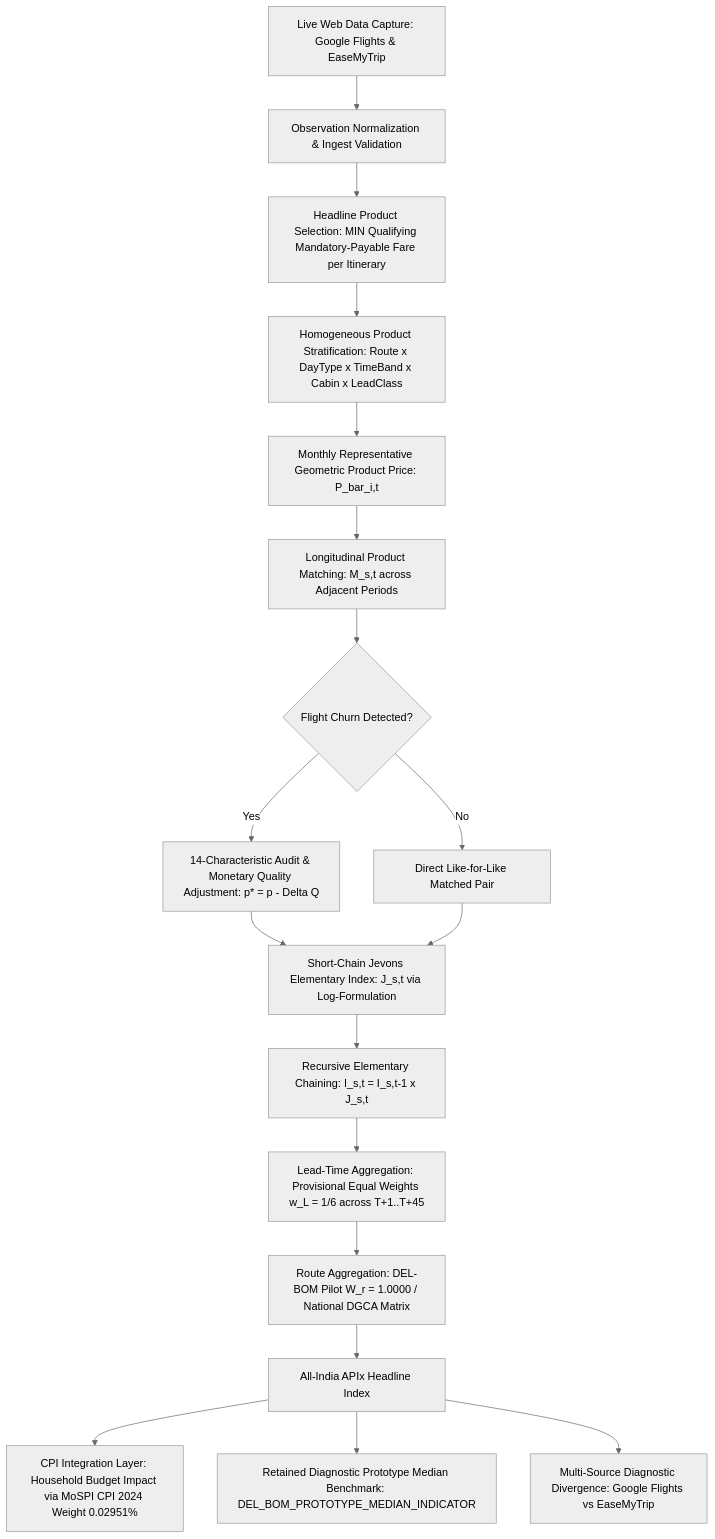
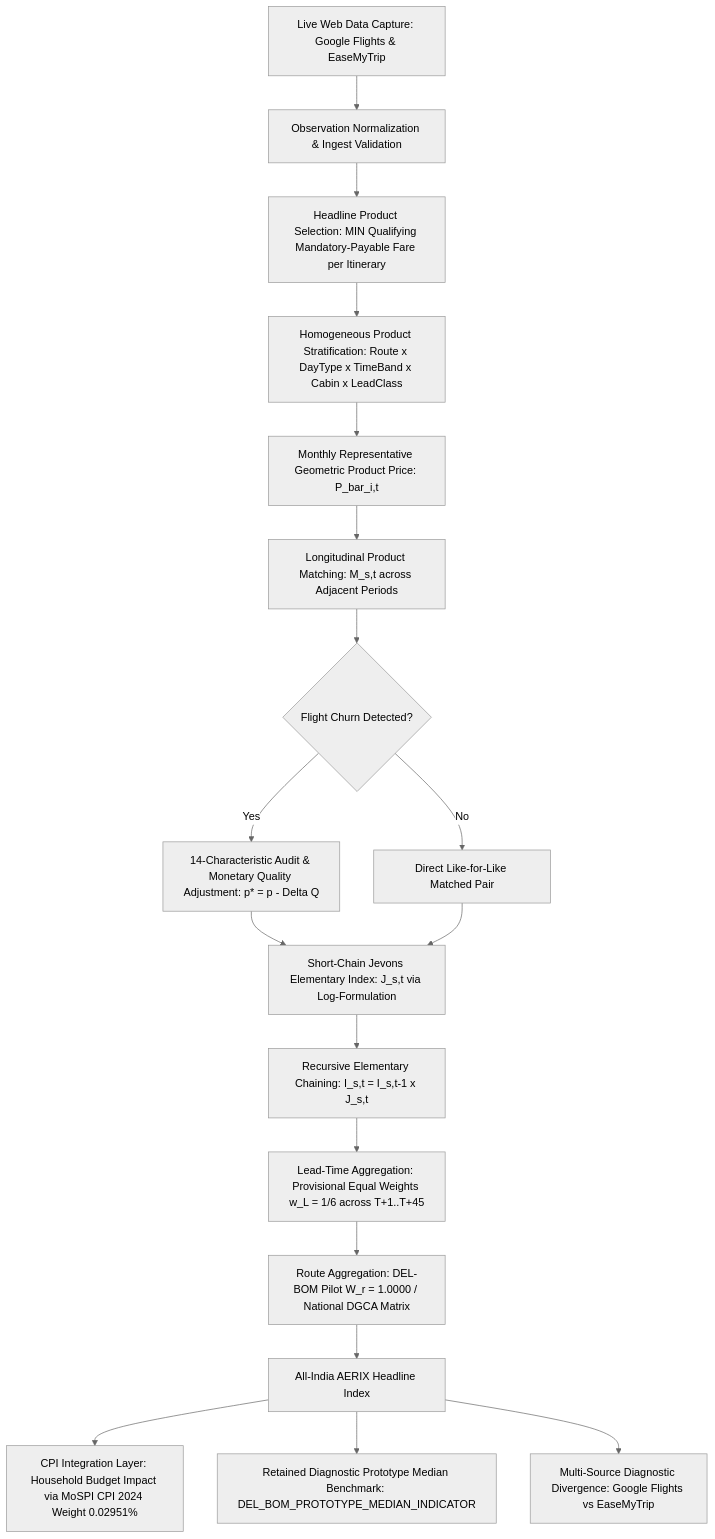
One commit to HemantJagnani/SIH2026 changed the diagram in README.md. Above: the diagram before and after it, drawn with Mermaid (neutral theme). The commit also changed other lines of this file and 87 other files, not shown here.

````diff
--- a/README.md
+++ b/README.md
@@ -43,20 +43,20 @@
 ```mermaid
 flowchart TD
     A[Live Web Data Capture: Google Flights & EaseMyTrip] --> B[Observation Normalization & Ingest Validation]
     B --> C[Headline Product Selection: MIN Qualifying Mandatory-Payable Fare per Itinerary]
     C --> D[Homogeneous Product Stratification: Route x DayType x TimeBand x Cabin x LeadClass]
     D --> E[Monthly Representative Geometric Product Price: P_bar_i,t]
     E --> F[Longitudinal Product Matching: M_s,t across Adjacent Periods]
     F --> G{Flight Churn Detected?}
     G -- Yes --> H[14-Characteristic Audit & Monetary Quality Adjustment: p* = p - Delta Q]
     G -- No --> I[Direct Like-for-Like Matched Pair]
     H --> J[Short-Chain Jevons Elementary Index: J_s,t via Log-Formulation]
     I --> J
     J --> K[Recursive Elementary Chaining: I_s,t = I_s,t-1 x J_s,t]
     K --> L[Lead-Time Aggregation: Provisional Equal Weights w_L = 1/6 across T+1..T+45]
     L --> M[Route Aggregation: DEL-BOM Pilot W_r = 1.0000 / National DGCA Matrix]
-    M --> N[All-India APIx Headline Index]
+    M --> N[All-India AERIX Headline Index]
     N --> O[CPI Integration Layer: Household Budget Impact via MoSPI CPI 2024 Weight 0.02951%]
     N --> P[Retained Diagnostic Prototype Median Benchmark: DEL_BOM_PROTOTYPE_MEDIAN_INDICATOR]
     N --> Q[Multi-Source Diagnostic Divergence: Google Flights vs EaseMyTrip]
 ```
````
